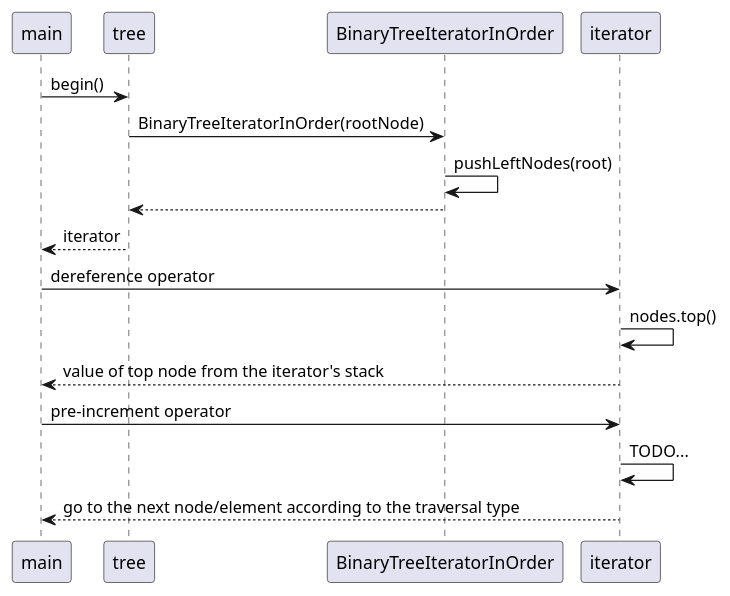
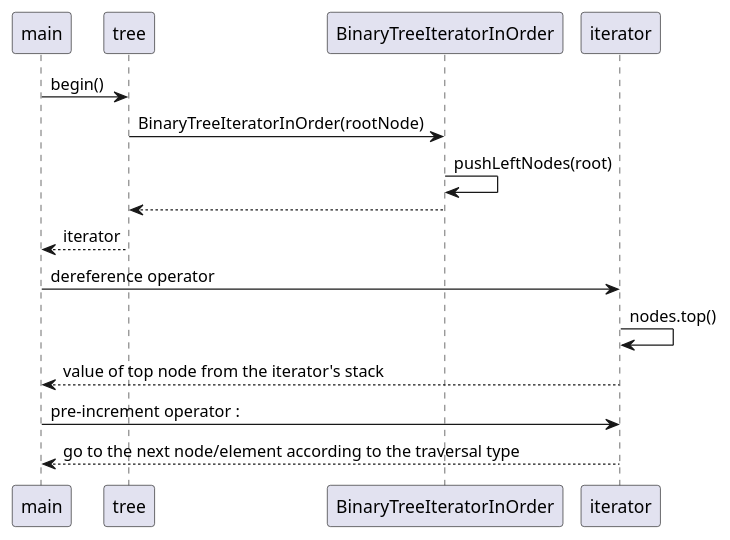
Before and after one commit to kyberdrb/CLionProjects: the diagram in binary_search_tree/bst-inorder_traversal-iterative-iterator-3-sequence.puml, drawn with PlantUML. The commit also changed 5 other files, not shown here.

Commit message:
Binary Search Tree: finalize UML diagrams for In-Order for-each iterator + Add project to handle signal interrupts + Update sources for 'animation_single_character_circular'

```diff
--- a/binary_search_tree/bst-inorder_traversal-iterative-iterator-3-sequence.puml
+++ b/binary_search_tree/bst-inorder_traversal-iterative-iterator-3-sequence.puml
@@ -1,16 +1,15 @@
 @startuml
 'https://plantuml.com/sequence-diagram
 
 main -> tree: begin()
 tree -> BinaryTreeIteratorInOrder: BinaryTreeIteratorInOrder(rootNode)
 BinaryTreeIteratorInOrder -> BinaryTreeIteratorInOrder: pushLeftNodes(root)
 BinaryTreeIteratorInOrder --> tree
 tree --> main: iterator
 main -> iterator: dereference operator
 iterator -> iterator: nodes.top()
 iterator --> main: value of top node from the iterator's stack
-main -> iterator: pre-increment operator
-iterator -> iterator: TODO...
+main -> iterator: pre-increment operator :
 iterator --> main: go to the next node/element according to the traversal type
 
 @enduml
```
